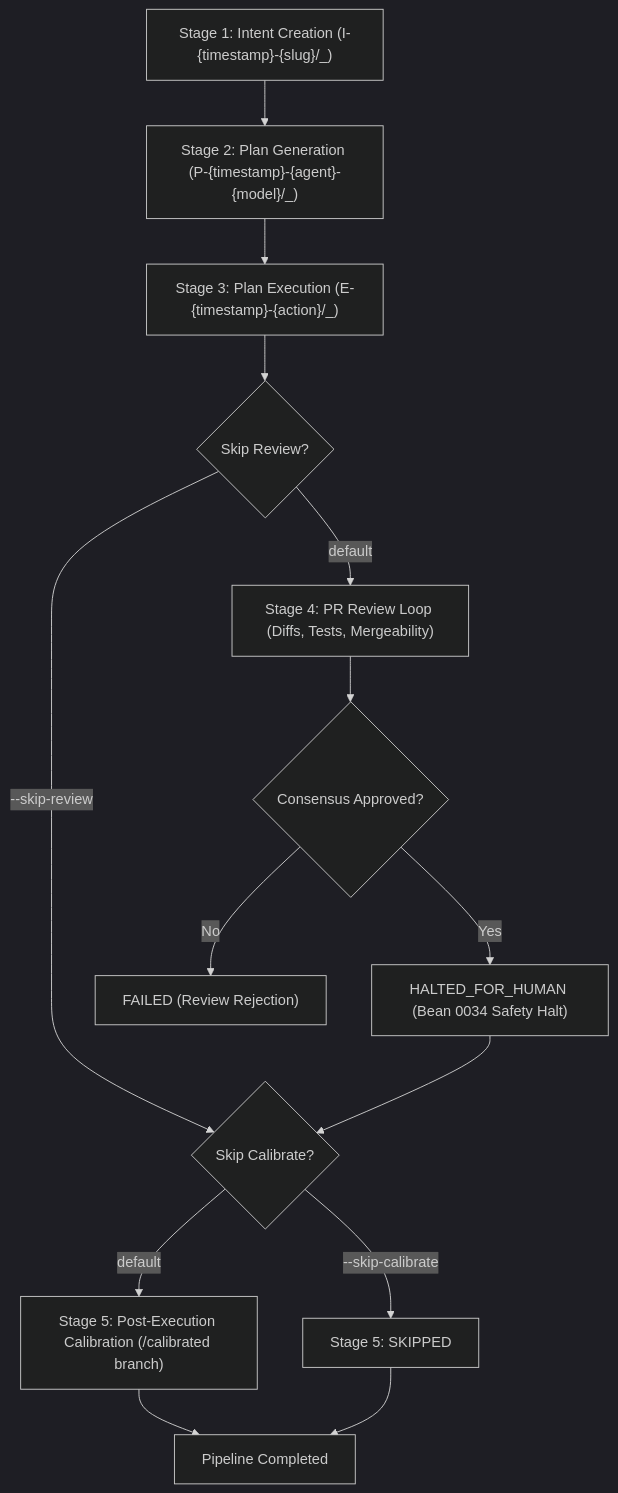
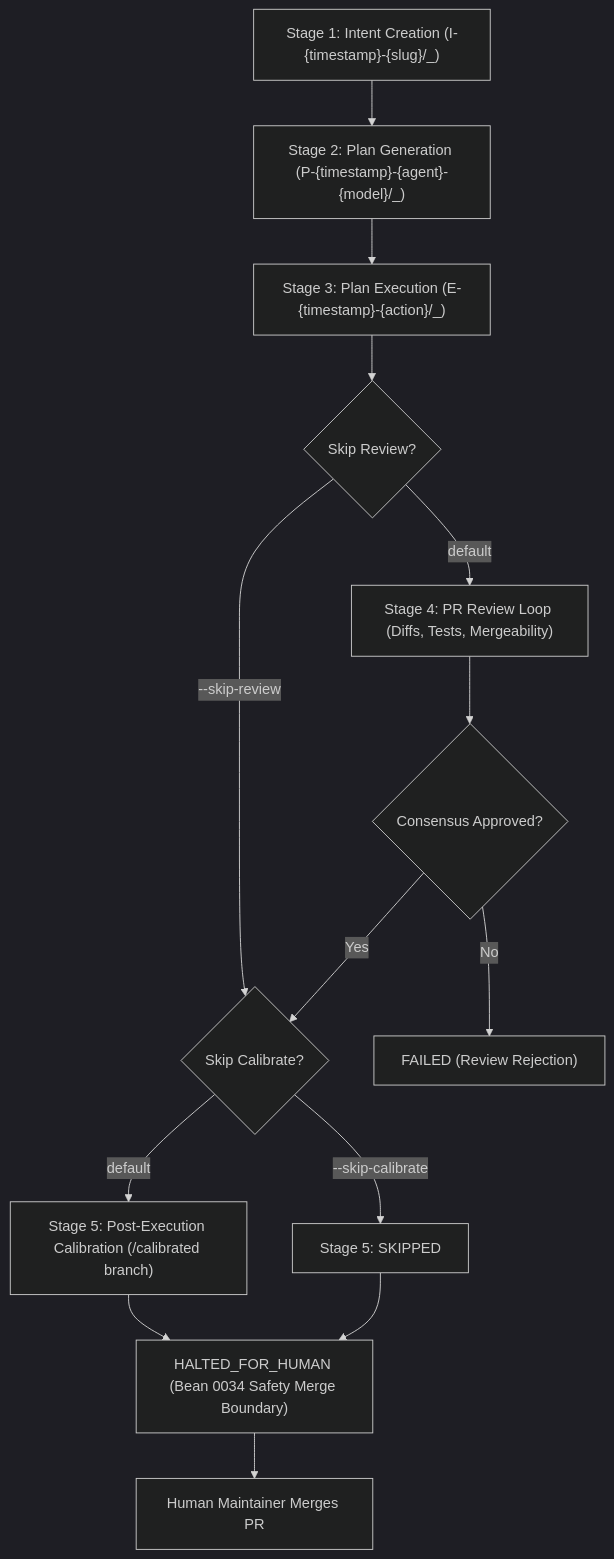
Before and after one commit to Holon-Agentic-Coder/holon-agentic-coder: the third of 3 diagrams in README.md, drawn with Mermaid (dark theme). The commit also changed other lines of this file and 5 other files, not shown here.

First line of the commit message:
fix(flow): address PR review ensemble feedback

````diff
--- a/README.md
+++ b/README.md
@@ -843,16 +843,16 @@
 ```mermaid
 flowchart TD
     S1["Stage 1: Intent Creation (I-{timestamp}-{slug}/_)"] --> S2["Stage 2: Plan Generation (P-{timestamp}-{agent}-{model}/_)"]
     S2 --> S3["Stage 3: Plan Execution (E-{timestamp}-{action}/_)"]
     S3 --> C1{"Skip Review?"}
     C1 -- "--skip-review" --> C2{"Skip Calibrate?"}
     C1 -- "default" --> S4["Stage 4: PR Review Loop (Diffs, Tests, Mergeability)"]
     S4 --> H1{"Consensus Approved?"}
-    H1 -- "Yes" --> H2["HALTED_FOR_HUMAN (Bean 0034 Safety Halt)"]
+    H1 -- "Yes" --> C2
     H1 -- "No" --> F1["FAILED (Review Rejection)"]
-    H2 --> C2
     C2 -- "--skip-calibrate" --> S_SKIP["Stage 5: SKIPPED"]
     C2 -- "default" --> S5["Stage 5: Post-Execution Calibration (/calibrated branch)"]
-    S5 --> DONE["Pipeline Completed"]
-    S_SKIP --> DONE
+    S5 --> HALT["HALTED_FOR_HUMAN (Bean 0034 Safety Merge Boundary)"]
+    S_SKIP --> HALT
+    HALT --> DONE["Human Maintainer Merges PR"]
 ```
````
